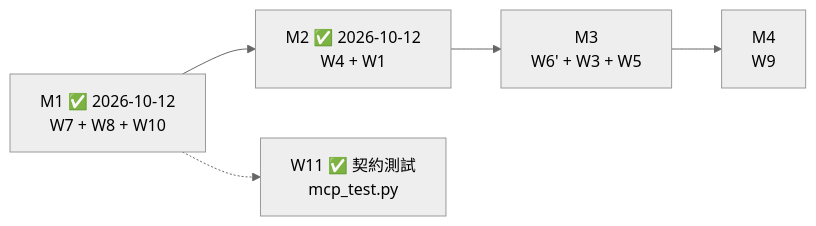
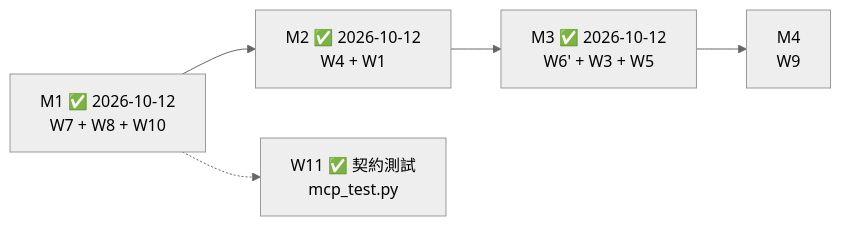
Before and after one commit to wctang/logv: the second of 2 diagrams in TODO.md, drawn with Mermaid (neutral theme). The commit also changed other lines of this file and 2 other files, not shown here.

````diff
--- a/TODO.md
+++ b/TODO.md
@@ -191,7 +195,7 @@
 ```mermaid
 flowchart LR
   M1["M1 ✅ 2026-10-12<br/>W7 + W8 + W10"] --> M2["M2 ✅ 2026-10-12<br/>W4 + W1"]
-  M2 --> M3["M3<br/>W6' + W3 + W5"]
+  M2 --> M3["M3 ✅ 2026-10-12<br/>W6' + W3 + W5"]
   M3 --> M4["M4<br/>W9"]
   M1 -.-> W11["W11 ✅ 契約測試<br/>mcp_test.py"]
 ```
````
